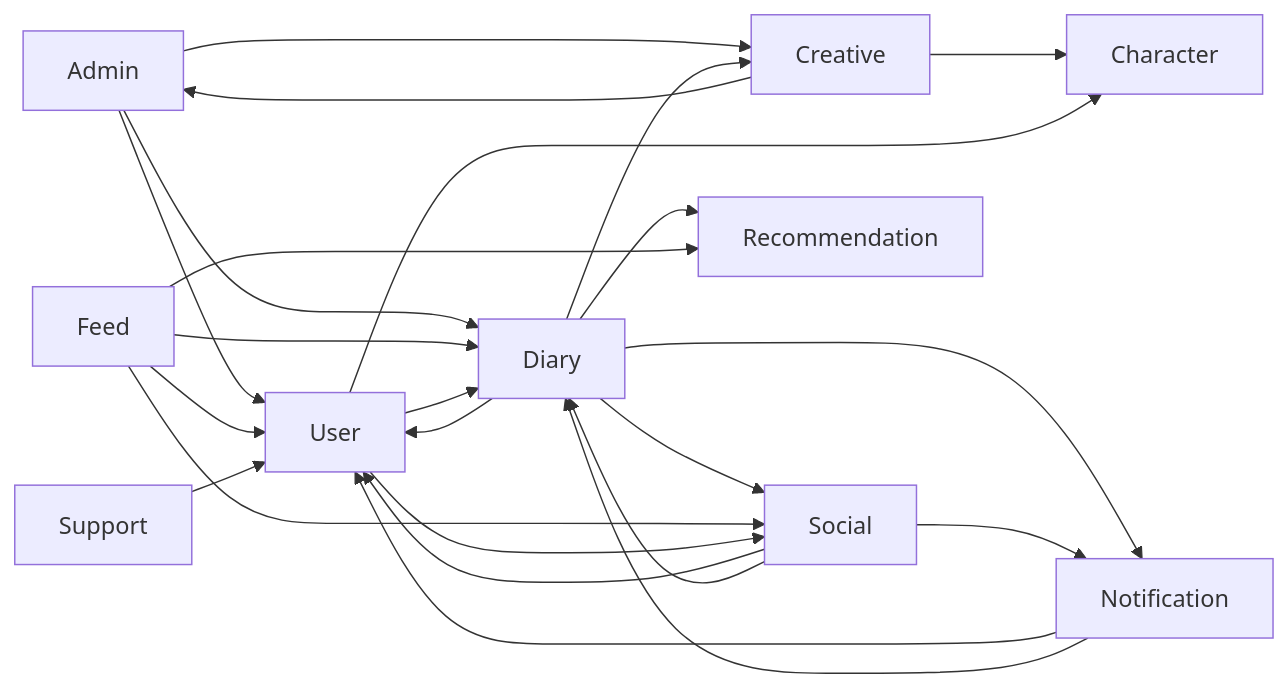
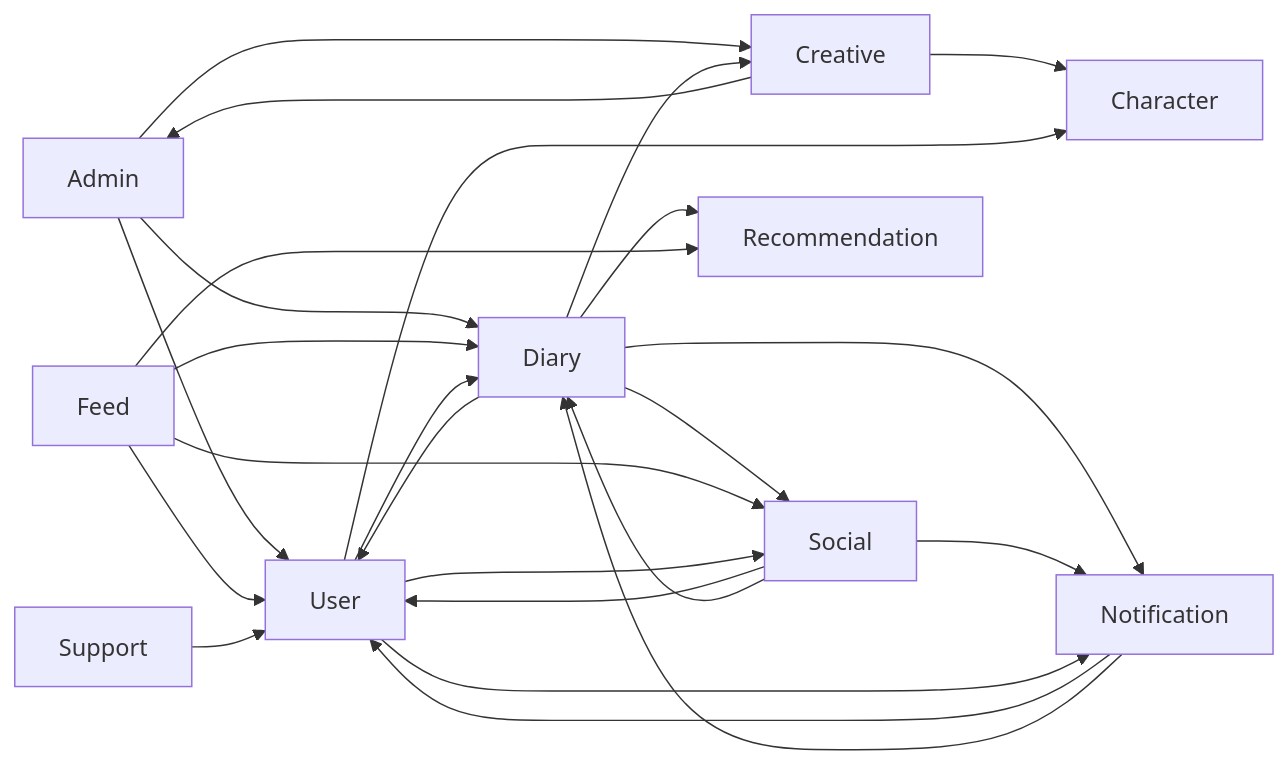
The diagram in docs/architecture/bounded-context-map.md (MyPicDay/piku-back), drawn with Mermaid before and after one commit. The commit also changed other lines of this file and 190 other files, not shown here.

````diff
--- a/docs/architecture/bounded-context-map.md
+++ b/docs/architecture/bounded-context-map.md
@@ -84,26 +84,27 @@
 ```mermaid
 flowchart LR
     Admin --> User
     Admin --> Diary
     Admin --> Creative
     Creative --> Character
     Creative --> Admin
     Diary --> User
     Diary --> Social
     Diary --> Creative
     Diary --> Notification
     Diary --> Recommendation
     Feed --> User
     Feed --> Diary
     Feed --> Social
     Feed --> Recommendation
     Notification --> User
     Notification --> Diary
     Social --> User
     Social --> Diary
     Social --> Notification
     Support --> User
     User --> Character
     User --> Diary
     User --> Social
+    User --> Notification
 ```
````
